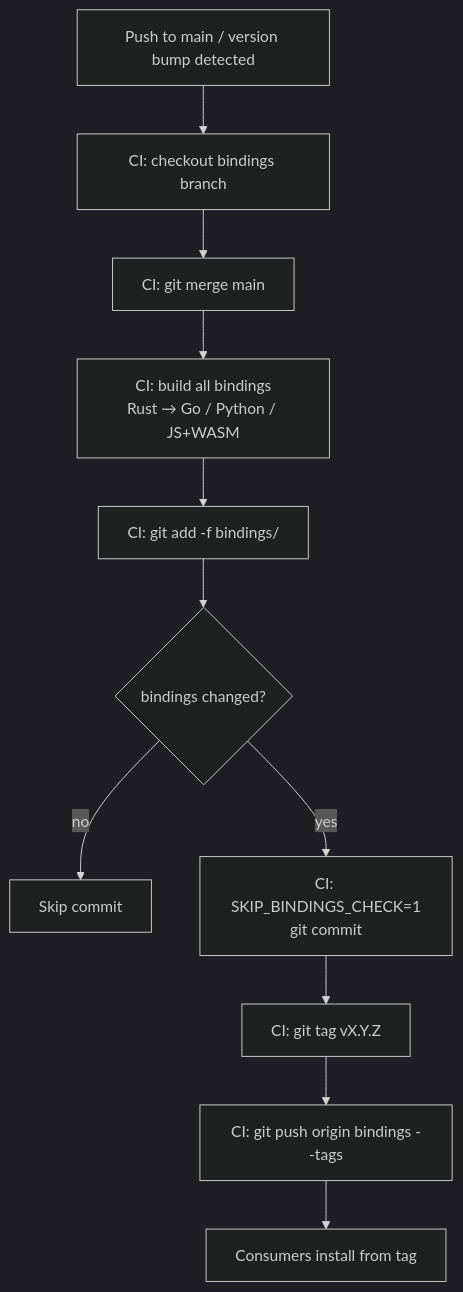
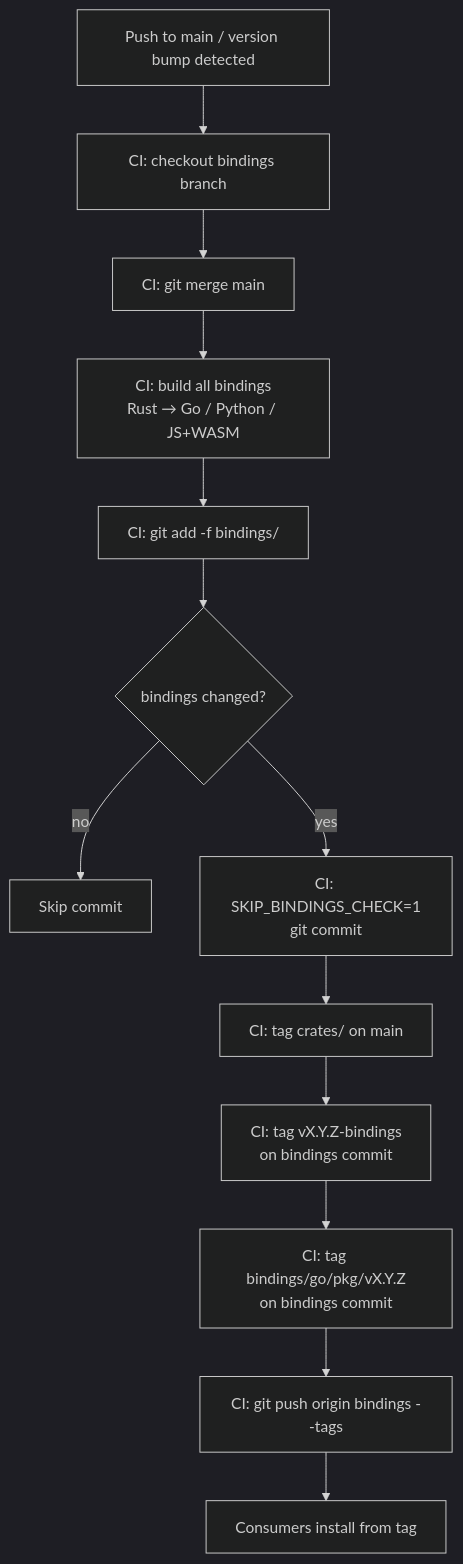
Before and after one commit to amd-cmaxwell/ffi-testing: the second of 2 diagrams in docs/bindings-branch-flow.md, drawn with Mermaid (dark theme). The commit also changed 100 other files, not shown here.

````diff
--- a/docs/bindings-branch-flow.md
+++ b/docs/bindings-branch-flow.md
@@ -31,13 +31,15 @@
 ```mermaid
 flowchart TD
   A[Push to main / version bump detected] --> B[CI: checkout bindings branch]
   B --> C[CI: git merge main]
   C --> D[CI: build all bindings<br/>Rust → Go / Python / JS+WASM]
   D --> E[CI: git add -f bindings/]
   E --> F{bindings changed?}
   F -- no --> G[Skip commit]
   F -- yes --> H[CI: SKIP_BINDINGS_CHECK=1<br/>git commit]
-  H --> I[CI: git tag vX.Y.Z]
-  I --> J[CI: git push origin bindings --tags]
-  J --> K[Consumers install from tag]
+  H --> I[CI: tag crates/ on main]
+  I --> J[CI: tag vX.Y.Z-bindings<br/>on bindings commit]
+  J --> M[CI: tag bindings/go/pkg/vX.Y.Z<br/>on bindings commit]
+  M --> L[CI: git push origin bindings --tags]
+  L --> K[Consumers install from tag]
 ```
````
